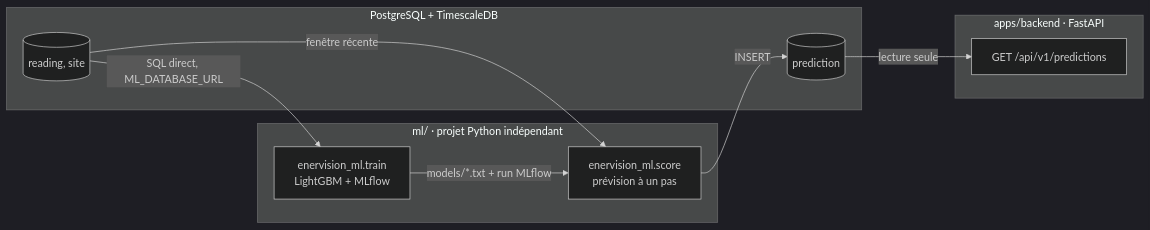
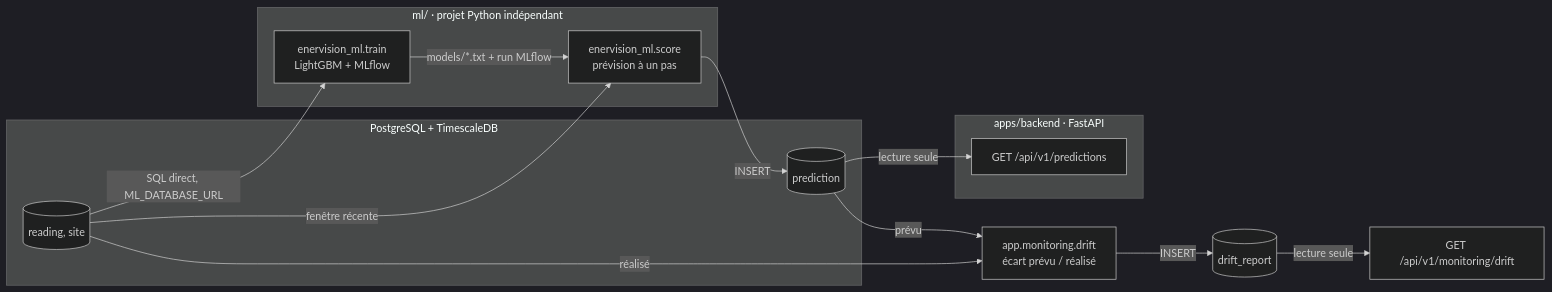
The diagram in docs/ML-START.md (ineszang/ProjetPiscine_EnerVision), drawn with Mermaid (dark theme) before and after one commit. The commit also changed other lines of this file and 11 other files, not shown here.

````diff
--- a/docs/ML-START.md
+++ b/docs/ML-START.md
@@ -126,20 +135,24 @@
 ```mermaid
 flowchart LR
     subgraph ml["ml/ · projet Python indépendant"]
         train["enervision_ml.train<br/>LightGBM + MLflow"]
         score["enervision_ml.score<br/>prévision à un pas"]
     end
     subgraph db["PostgreSQL + TimescaleDB"]
         reading[("reading, site")]
         prediction[("prediction")]
     end
     subgraph api["apps/backend · FastAPI"]
         route["GET /api/v1/predictions"]
     end
 
     reading -- "SQL direct, ML_DATABASE_URL" --> train
     reading -- "fenêtre récente" --> score
     train -- "models/*.txt + run MLflow" --> score
     score -- "INSERT" --> prediction
     prediction -- "lecture seule" --> route
+    prediction -- "prévu" --> derive["app.monitoring.drift<br/>écart prévu / réalisé"]
+    reading -- "réalisé" --> derive
+    derive -- "INSERT" --> rapport[("drift_report")]
+    rapport -- "lecture seule" --> monitoring["GET /api/v1/monitoring/drift"]
 ```
````
